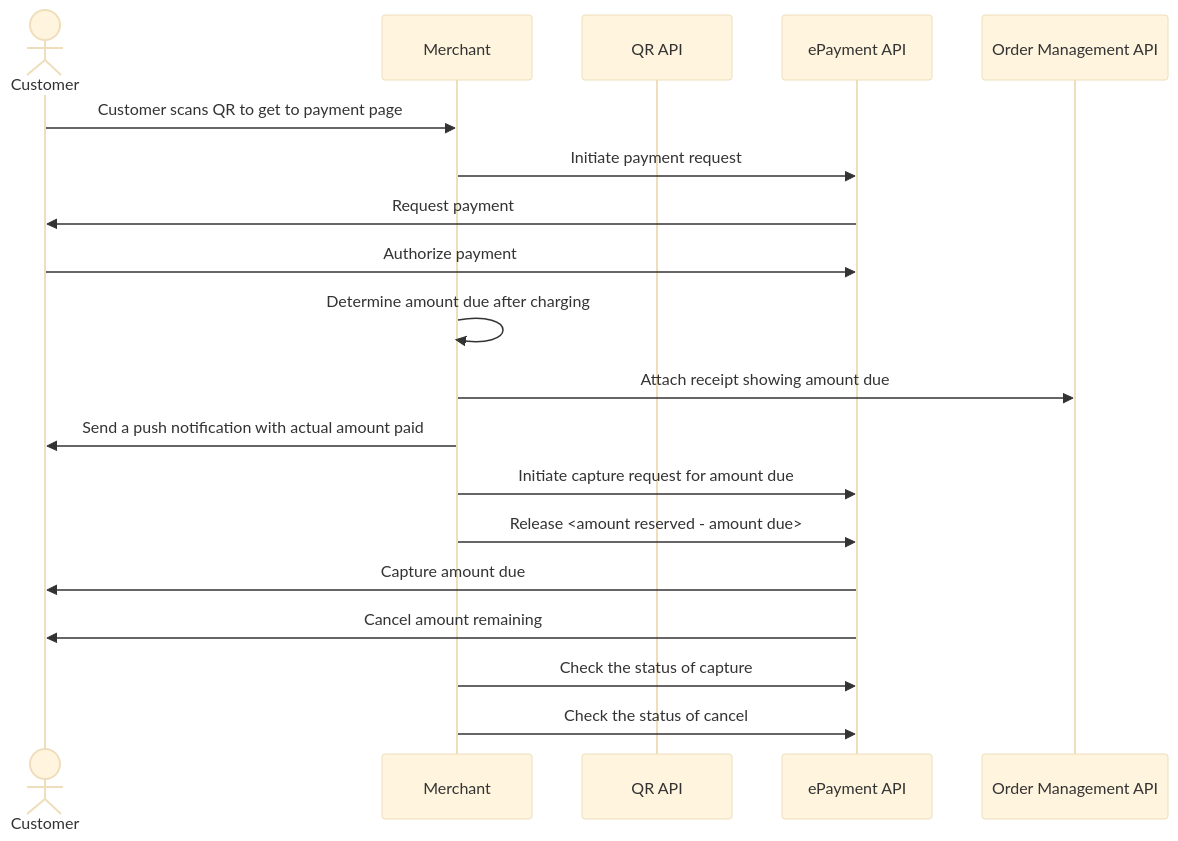
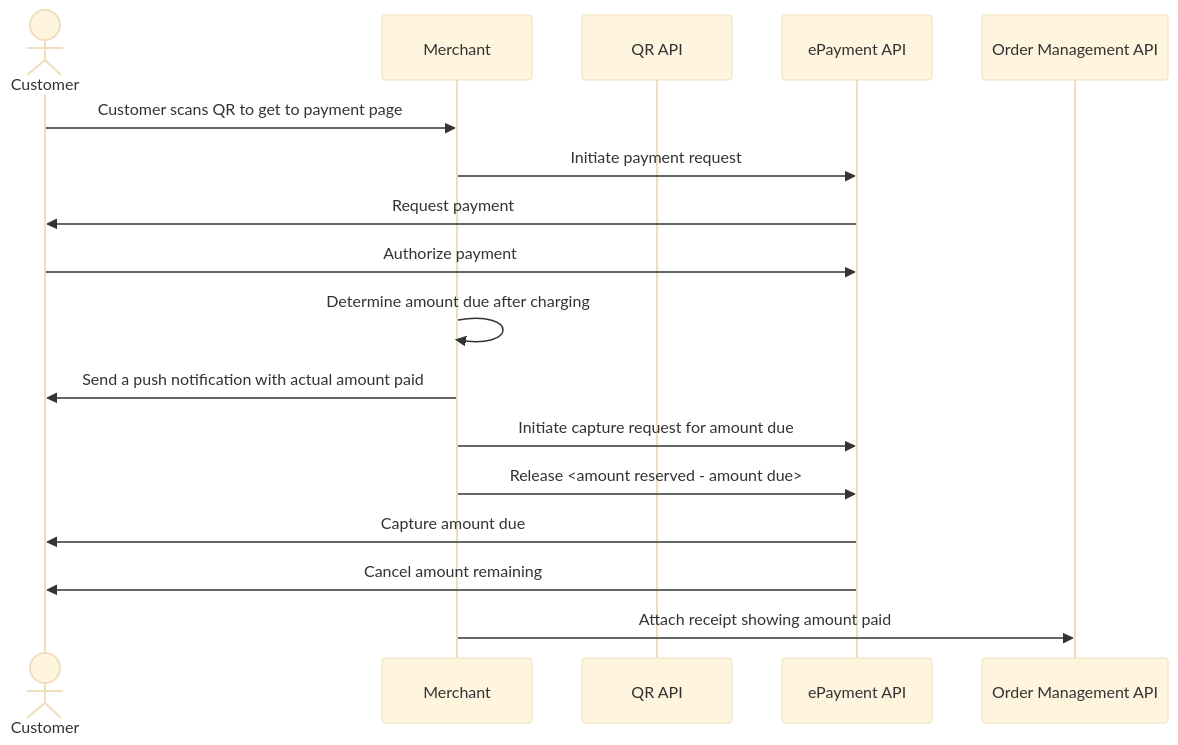
Before and after one commit to vippsas/vipps-solutions: the diagram in ev-charging/README.md, drawn with Mermaid (base theme). The commit also changed other lines of this file and 16 other files, not shown here.

````diff
--- a/ev-charging/README.md
+++ b/ev-charging/README.md
@@ -224,22 +222,20 @@
 ``` mermaid
 sequenceDiagram
     actor C as Customer
     participant M as Merchant
     participant QR as QR API
     participant ePayment as ePayment API
     participant ordermanagement as Order Management API
 
     C->>M: Customer scans QR to get to payment page
     M->>ePayment: Initiate payment request
     ePayment->>C: Request payment
     C->>ePayment: Authorize payment
     M->>M: Determine amount due after charging
-    M->>ordermanagement: Attach receipt showing amount due
     M->>C: Send a push notification with actual amount paid
     M->>ePayment: Initiate capture request for amount due
     M->>ePayment: Release <amount reserved - amount due>
     ePayment->>C: Capture amount due
     ePayment->>C: Cancel amount remaining
-    M->>ePayment: Check the status of capture
-    M->>ePayment: Check the status of cancel
+    M->>ordermanagement: Attach receipt showing amount paid
 ```
````
